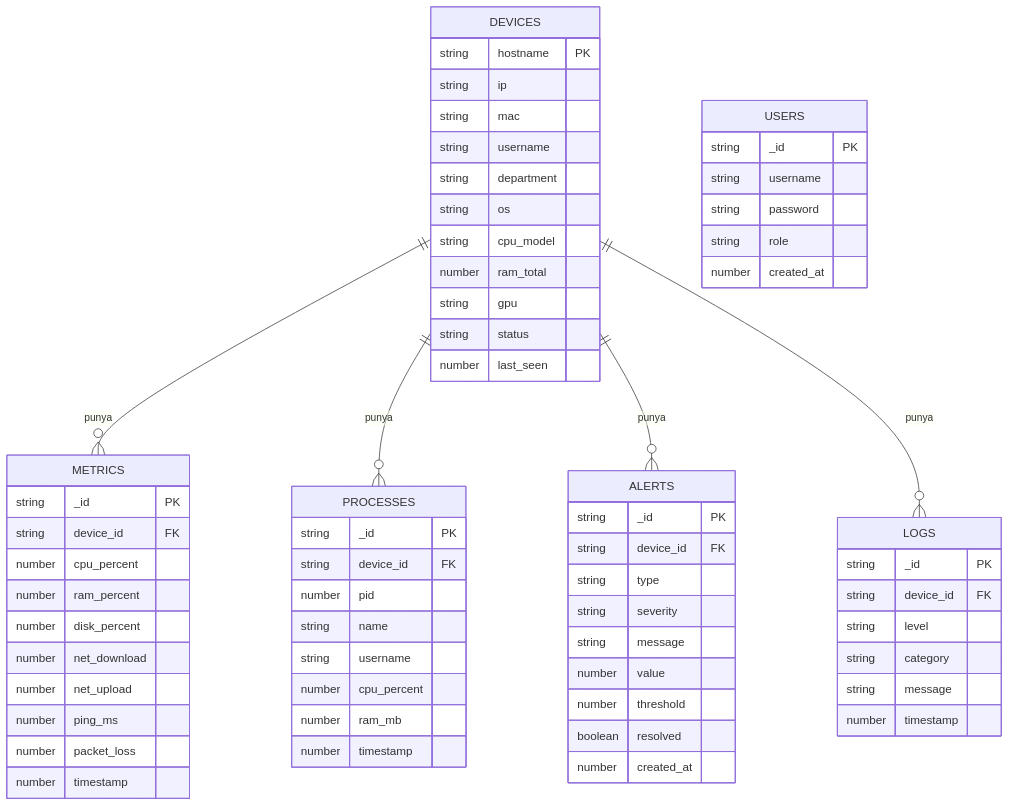
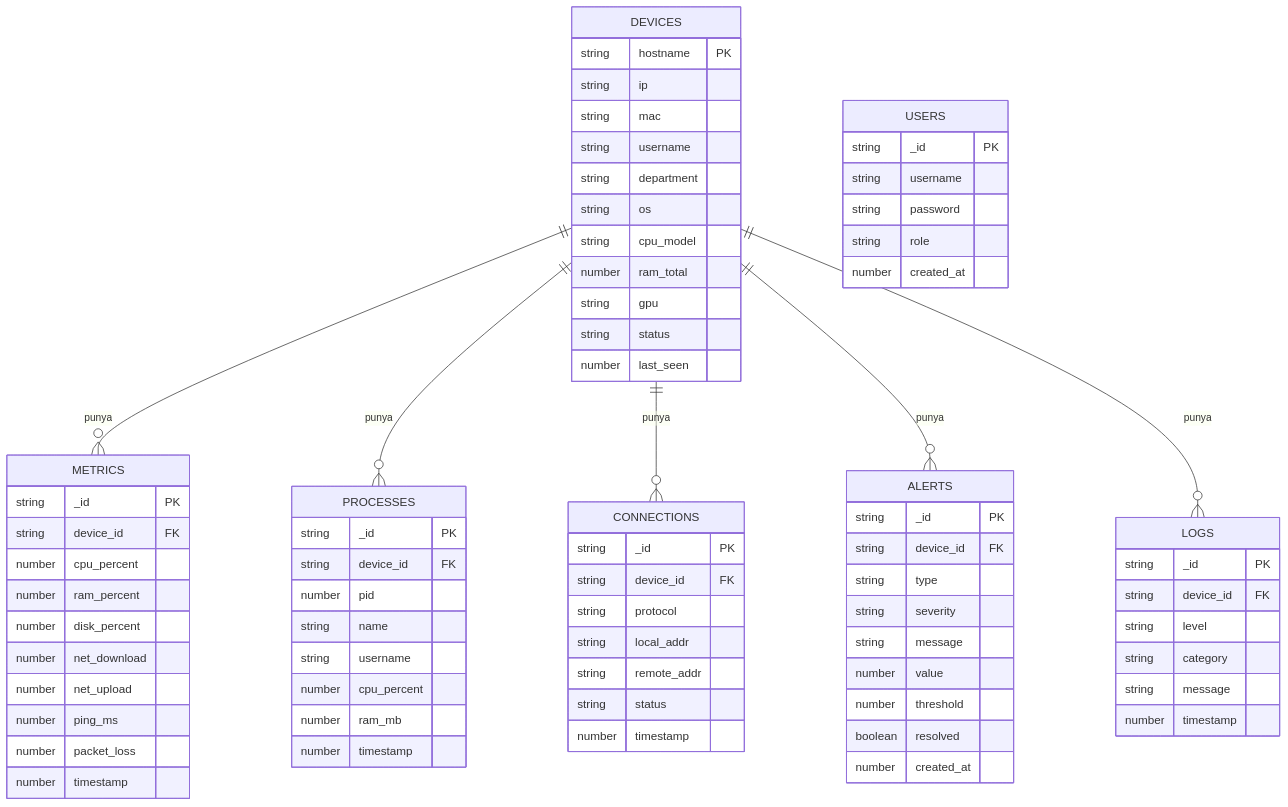
The fifth of 7 diagrams in ARCHITECTURE.md (rizkypratam4/monitly), drawn with Mermaid before and after one commit.

Commit message:
update architecture documentation

````diff
--- a/ARCHITECTURE.md
+++ b/ARCHITECTURE.md
@@ -205,6 +205,16 @@
         number timestamp
     }
 
+    CONNECTIONS {
+        string _id PK
+        string device_id FK
+        string protocol
+        string local_addr
+        string remote_addr
+        string status
+        number timestamp
+    }
+
     USERS {
         string _id PK
         string username
@@ -215,6 +225,7 @@
 
     DEVICES ||--o{ METRICS : "punya"
     DEVICES ||--o{ PROCESSES : "punya"
+    DEVICES ||--o{ CONNECTIONS : "punya"
     DEVICES ||--o{ ALERTS : "punya"
     DEVICES ||--o{ LOGS : "punya"
 ```
````
